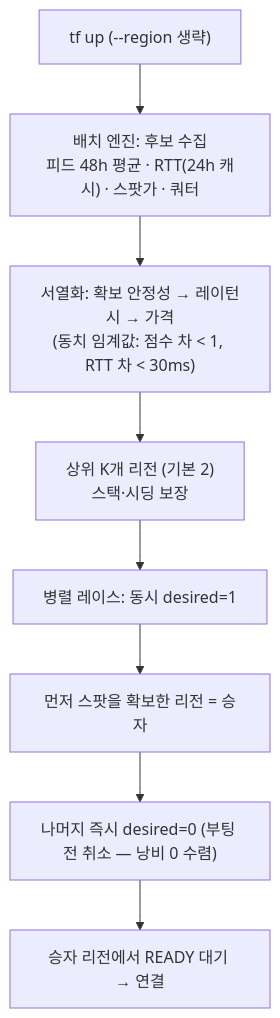
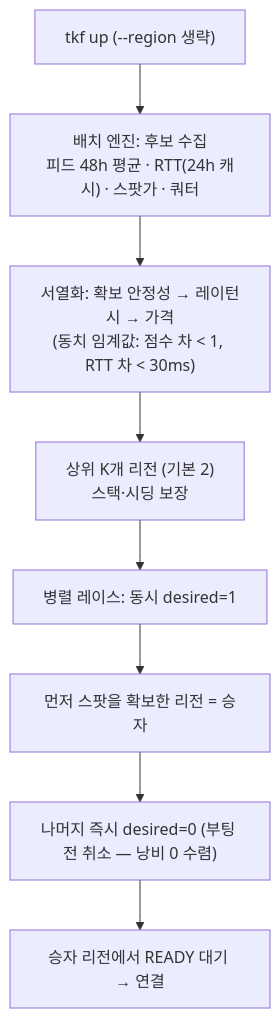
The sixth of 6 diagrams in docs/architecture.md (roboco-io/token-forge), drawn with Mermaid before and after one commit. The commit also changed other lines of this file and 33 other files, not shown here.

````diff
--- a/docs/architecture.md
+++ b/docs/architecture.md
@@ -185,10 +185,10 @@
 ```mermaid
 flowchart TB
-    UP["tf up <model>  (--region 생략)"] --> GATHER["배치 엔진: 후보 수집<br/>피드 48h 평균 · RTT(24h 캐시) · 스팟가 · 쿼터"]
+    UP["tkf up <model>  (--region 생략)"] --> GATHER["배치 엔진: 후보 수집<br/>피드 48h 평균 · RTT(24h 캐시) · 스팟가 · 쿼터"]
     GATHER --> RANK["서열화: 확보 안정성 → 레이턴시 → 가격<br/>(동치 임계값: 점수 차 < 1, RTT 차 < 30ms)"]
     RANK --> K["상위 K개 리전 (기본 2)<br/>스택·시딩 보장"]
     K --> RACE["병렬 레이스: 동시 desired=1"]
     RACE --> WIN["먼저 스팟을 확보한 리전 = 승자"]
     WIN --> CANCEL["나머지 즉시 desired=0 (부팅 전 취소 — 낭비 0 수렴)"]
     CANCEL --> READY["승자 리전에서 READY 대기 → 연결"]
 ```
````
